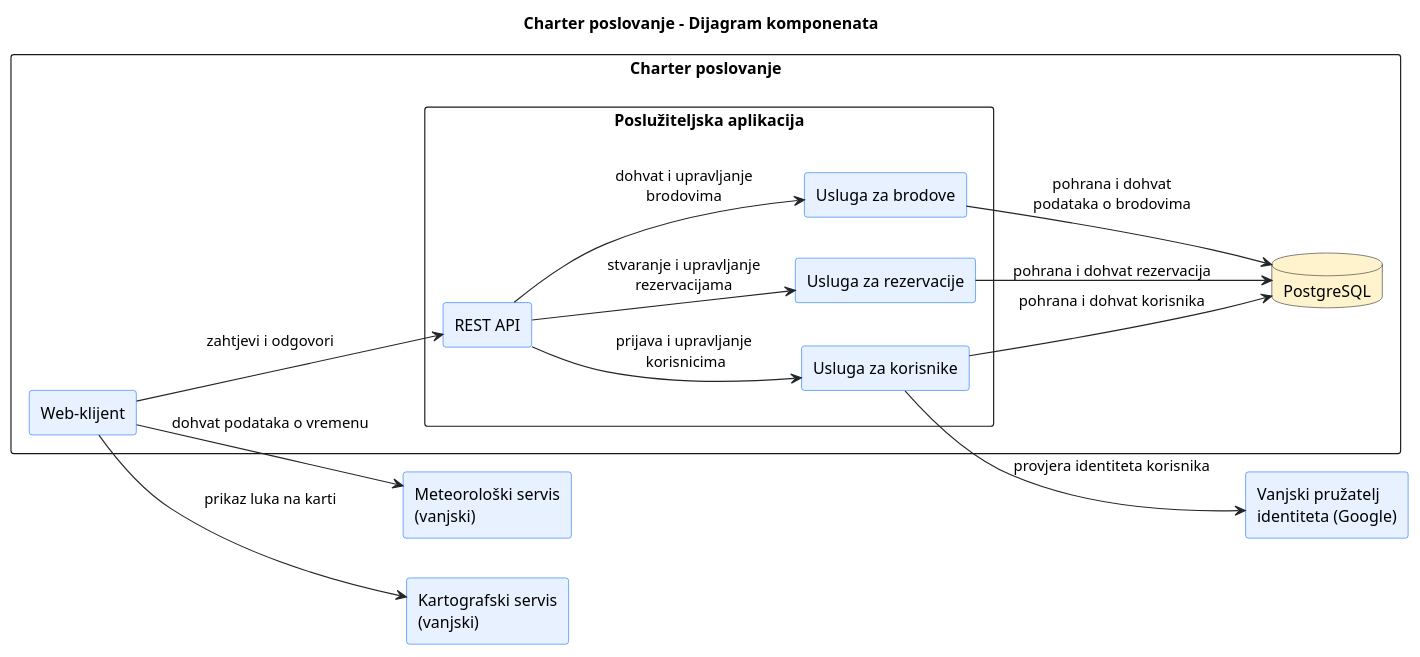
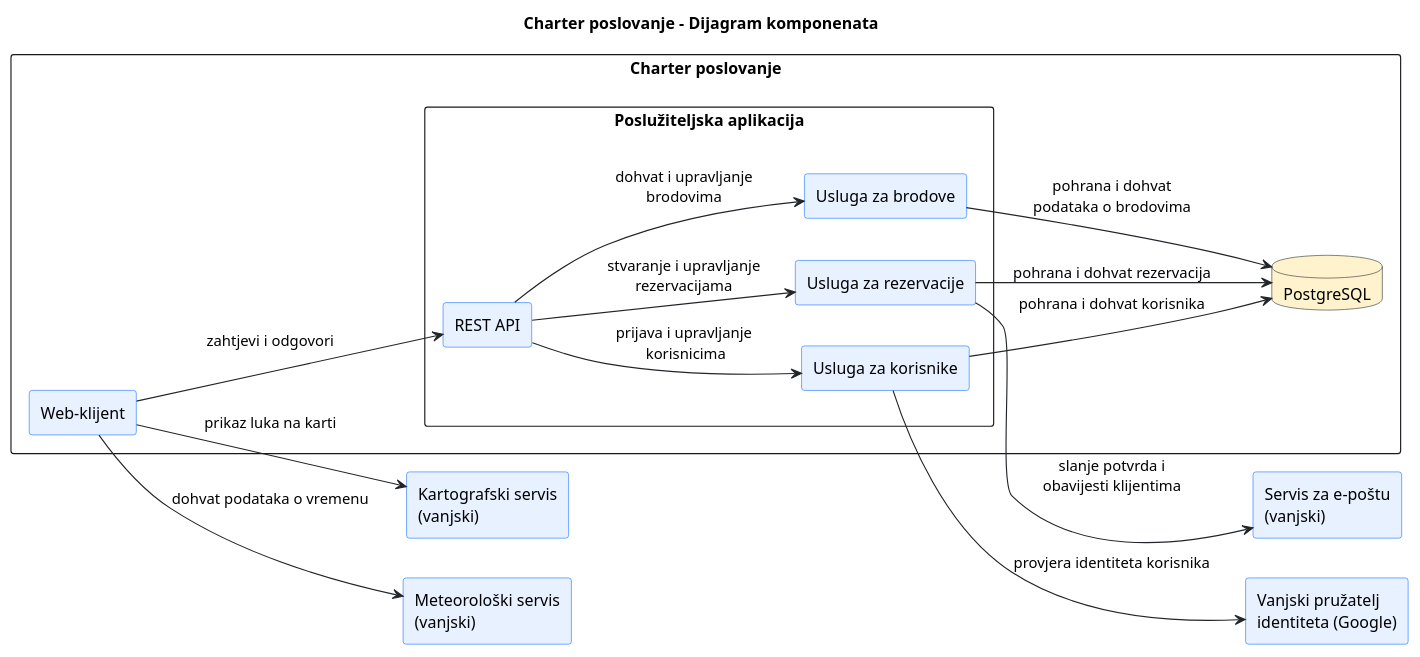
One commit to auzelac1/PROGI_PROJEKT changed the diagram in docs/puml/4-2-dijagram-komponenata.puml. Above: the diagram before and after it, drawn with PlantUML. The commit also changed 13 other files, not shown here.

```diff
--- a/docs/puml/4-2-dijagram-komponenata.puml
+++ b/docs/puml/4-2-dijagram-komponenata.puml
@@ -1,58 +1,60 @@
 @startuml
 title Charter poslovanje - Dijagram komponenata
 left to right direction
 
 skinparam shadowing false
 skinparam defaultFontName Arial
 skinparam componentStyle rectangle
 skinparam ArrowColor #212529
 
 skinparam component {
     BackgroundColor #E7F1FF
     BorderColor #0D6EFD
 }
 
 skinparam database {
     BackgroundColor #FFF3CD
     BorderColor #212529
 }
 
 ' Granica sustava i unutarnje komponente
 
 rectangle "Charter poslovanje" {
     component "Web-klijent" as Web
 
     rectangle "Poslužiteljska aplikacija" {
         component "REST API" as API
         component "Usluga za korisnike" as Users
         component "Usluga za rezervacije" as Reservations
         component "Usluga za brodove" as Boats
     }
 
     database "PostgreSQL" as DB
 }
 
 ' Vanjski sustavi
 
 component "Meteorološki servis\n(vanjski)" as WeatherAPI
 component "Kartografski servis\n(vanjski)" as Maps
 component "Vanjski pružatelj\nidentiteta (Google)" as OAuth
+component "Servis za e-poštu\n(vanjski)" as Mail
 
 ' Ovisnosti i sučelja
 
 Web --> API : zahtjevi i odgovori
 
 API --> Users : prijava i upravljanje\n korisnicima
 API --> Reservations : stvaranje i upravljanje\nrezervacijama
 API --> Boats : dohvat i upravljanje\nbrodovima
 
 Users --> DB : pohrana i dohvat korisnika
 Reservations --> DB : pohrana i dohvat rezervacija
 Boats --> DB : pohrana i dohvat\npodataka o brodovima
 
 Web --> WeatherAPI : dohvat podataka o vremenu
 Web --> Maps : prikaz luka na karti
 
 Users --> OAuth : provjera identiteta korisnika
+Reservations --> Mail : slanje potvrda i\nobavijesti klijentima
 
 @enduml
```
